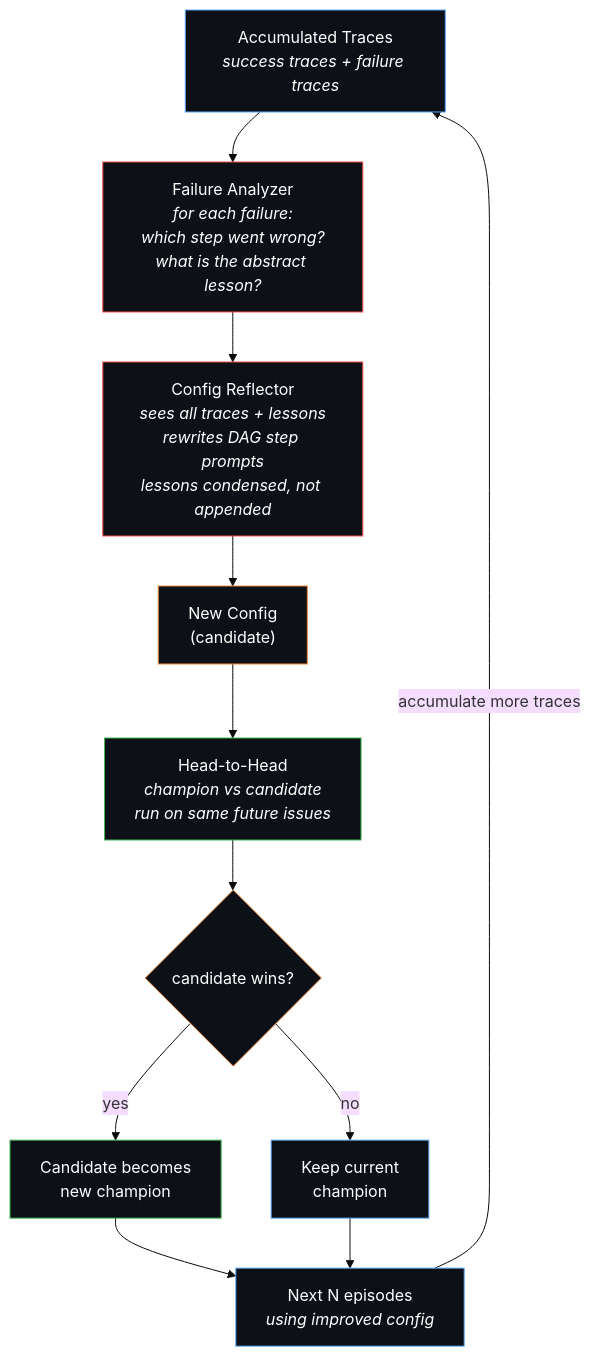
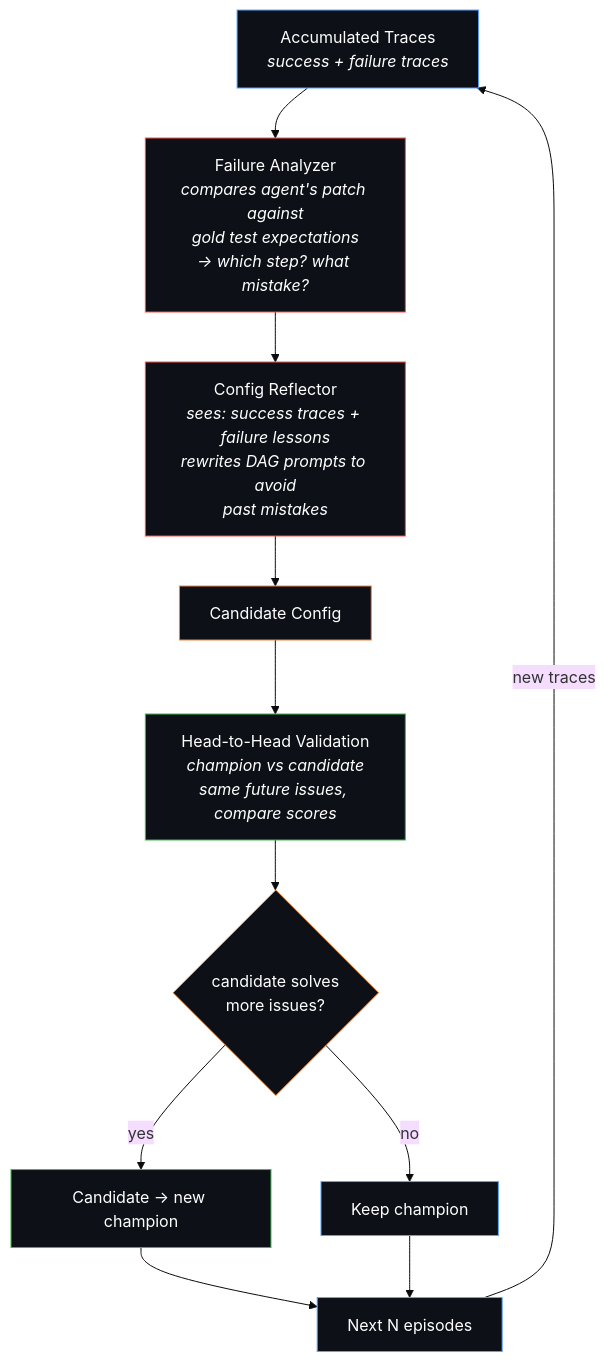
One commit to Midas-Agent-Dev/midas-agent changed the diagram in README.md. Above: the diagram before and after it, drawn with Mermaid (base theme). The commit also changed other lines of this file, not shown here.

Commit message:
README: emphasize gold standard as the key to closing the loop
The failure analyzer works because SWE-bench provides ground truth
(gold tests). Without it, analysis would be guessing. With it, the
analyzer can say exactly what went wrong by comparing the agent's
patch against gold test expectations.

````diff
--- a/README.md
+++ b/README.md
@@ -34,24 +34,24 @@
 ```mermaid
 flowchart TD
-    A["Accumulated Traces<br/><i>success traces + failure traces</i>"] --> B
-    B["Failure Analyzer<br/><i>for each failure:</i><br/><i>which step went wrong?</i><br/><i>what is the abstract lesson?</i>"] --> C
-    C["Config Reflector<br/><i>sees all traces + lessons</i><br/><i>rewrites DAG step prompts</i><br/><i>lessons condensed, not appended</i>"] --> D
-    D["New Config<br/>(candidate)"] --> E
-    E["Head-to-Head<br/><i>champion vs candidate</i><br/><i>run on same future issues</i>"] --> F
-    F{candidate wins?}
-    F -->|"yes"| G["Candidate becomes<br/>new champion"]
-    F -->|"no"| H["Keep current<br/>champion"]
-    G --> I["Next N episodes<br/><i>using improved config</i>"]
+    A["Accumulated Traces<br/><i>success + failure traces</i>"] --> B
+    B["Failure Analyzer<br/><i>compares agent's patch against</i><br/><i>gold test expectations</i><br/><i>→ which step? what mistake?</i>"] --> C
+    C["Config Reflector<br/><i>sees: success traces + failure lessons</i><br/><i>rewrites DAG prompts to avoid</i><br/><i>past mistakes</i>"] --> D
+    D["Candidate Config"] --> E
+    E["Head-to-Head Validation<br/><i>champion vs candidate</i><br/><i>same future issues, compare scores</i>"] --> F
+    F{candidate solves<br/>more issues?}
+    F -->|"yes"| G["Candidate → new champion"]
+    F -->|"no"| H["Keep champion"]
+    G --> I["Next N episodes"]
     H --> I
-    I -->|"accumulate more traces"| A
+    I -->|"new traces"| A
 
     style A fill:#0d1117,stroke:#58a6ff,color:#fff
     style B fill:#0d1117,stroke:#f85149,color:#fff
     style C fill:#0d1117,stroke:#f85149,color:#fff
     style D fill:#0d1117,stroke:#f0883e,color:#fff
     style E fill:#0d1117,stroke:#3fb950,color:#fff
     style F fill:#0d1117,stroke:#f0883e,color:#fff
     style G fill:#0d1117,stroke:#3fb950,color:#fff
     style H fill:#0d1117,stroke:#58a6ff,color:#fff
     style I fill:#0d1117,stroke:#58a6ff,color:#fff
 ```
````
